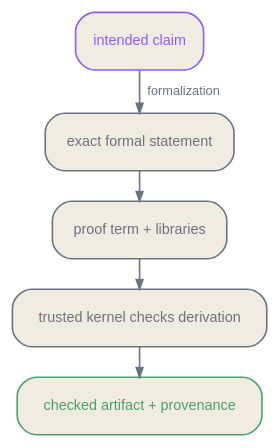
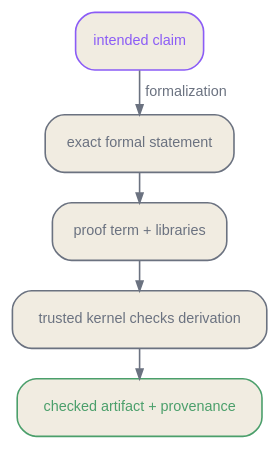
Before and after one commit to latere-ai/ai-as-an-infrastructure: the second of 2 diagrams in en/frontiers/03-verification-frontier.qmd, drawn with Graphviz. The commit also changed 1 other file, not shown here.

Commit message:
frontiers: trust-chain edge labels at 9 pt, clear of the arrow

````diff
--- a/en/frontiers/03-verification-frontier.qmd
+++ b/en/frontiers/03-verification-frontier.qmd
@@ -309,18 +309,18 @@
 ```{dot}
 //| label: fig-formal-trust-chain
 //| fig-cap: "A checked proof supports an intended claim only through a trust chain. The formal statement, proof term, kernel, and link back to the intended meaning each remain in scope."
 digraph {
   bgcolor="transparent";
   rankdir=TB;
   nodesep=0.15; ranksep=0.24;
   node [shape=box, style="rounded,filled", fontname="Helvetica", fontsize=9, color="#6b7280", fontcolor="#6b7280", fillcolor="#f1ece1", margin="0.08,0.05"];
-  edge [fontname="Helvetica", fontsize=8, color="#6b7280", fontcolor="#6b7280", arrowsize=0.6];
+  edge [fontname="Helvetica", fontsize=9, color="#6b7280", fontcolor="#6b7280", arrowsize=0.6];
   intended [label="intended claim", color="#8b5cf6", fontcolor="#8b5cf6"];
   statement [label="exact formal statement"];
   proof [label="proof term + libraries"];
   kernel [label="trusted kernel checks derivation"];
   record [label="checked artifact + provenance", color="#4b9f6b", fontcolor="#4b9f6b"];
   intended -> statement [label="formalization"];
   statement -> proof -> kernel -> record;
 }
 ```
````
